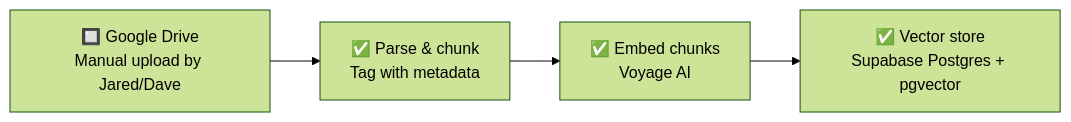
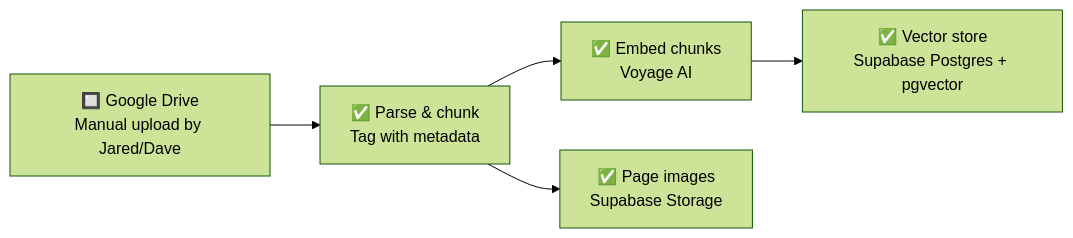
Before and after one commit to DaveBarberSHV/vessel-maintenance-platform: the first of 3 diagrams in docs/architecture.md, drawn with Mermaid (forest theme). The commit also changed other lines of this file and 1 other file, not shown here.

Commit message:
Document page-images feature: built, tested, real API key gotcha, open performance question and backfill decision

````diff
--- a/docs/architecture.md
+++ b/docs/architecture.md
@@ -12,6 +12,7 @@
 ```mermaid
 flowchart LR
     A["🔲 Google Drive<br/>Manual upload by Jared/Dave"] --> B["✅ Parse & chunk<br/>Tag with metadata"]
     B --> C["✅ Embed chunks<br/>Voyage AI"]
     C --> D["✅ Vector store<br/>Supabase Postgres + pgvector"]
+    B --> E["✅ Page images<br/>Supabase Storage"]
 ```
````
